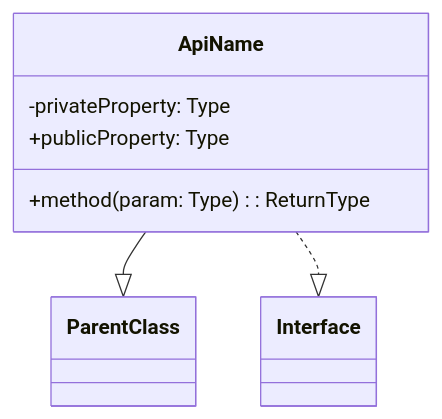
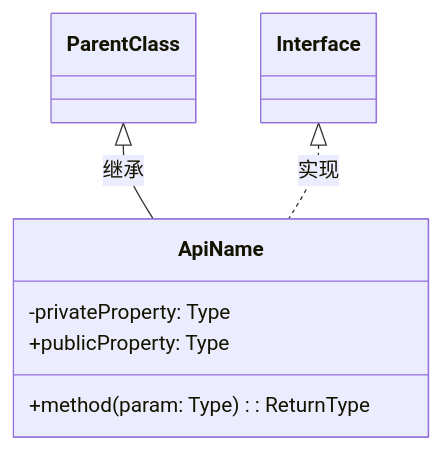
One commit to hyh19/ai changed the first of 5 diagrams in prompts/android_kotlin_api_analysis_prompt.md. Above: the diagram before and after it, drawn with Mermaid. The commit also changed other lines of this file and 1 other file, not shown here.

````diff
--- a/prompts/android_kotlin_api_analysis_prompt.md
+++ b/prompts/android_kotlin_api_analysis_prompt.md
@@ -34,10 +34,12 @@
 ```mermaid
 classDiagram
+    class ParentClass
+    class Interface
     class ApiName {
         -privateProperty: Type
         +publicProperty: Type
         +method(param: Type): ReturnType
     }
-    ApiName --|> ParentClass
-    ApiName ..|> Interface
+    ParentClass <|-- ApiName : 继承
+    Interface <|.. ApiName : 实现
 ```
````
